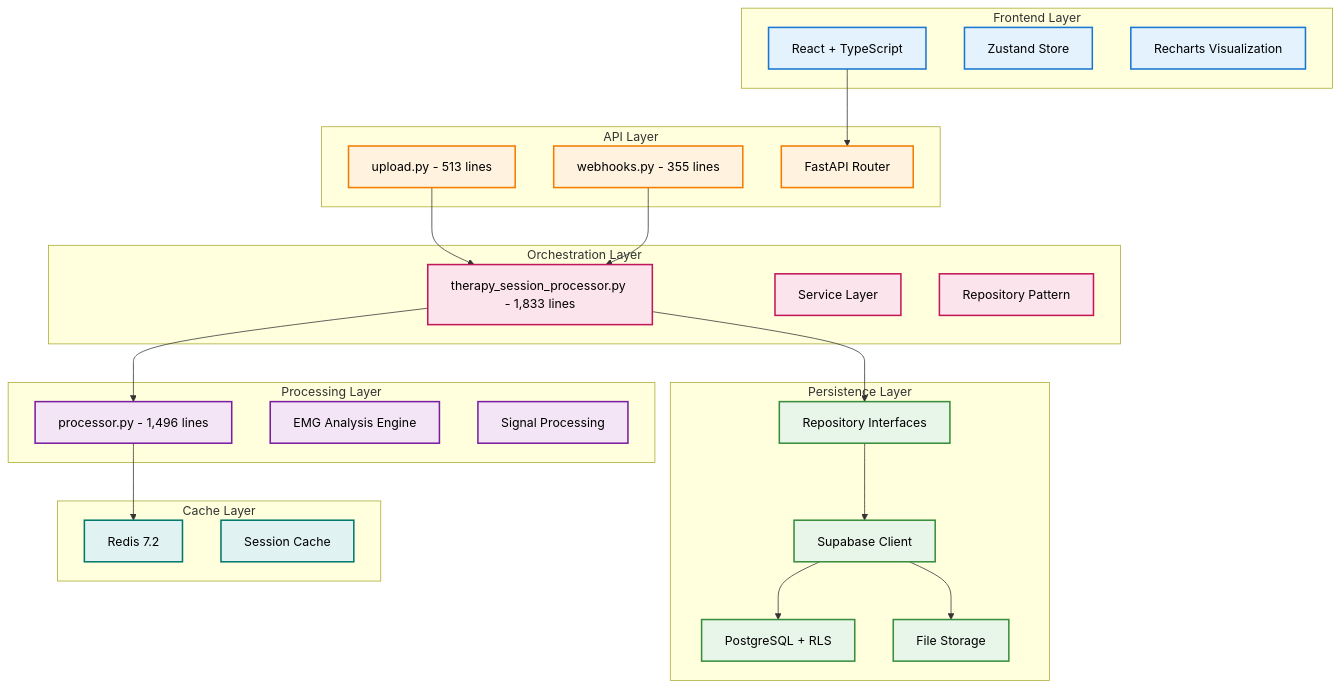
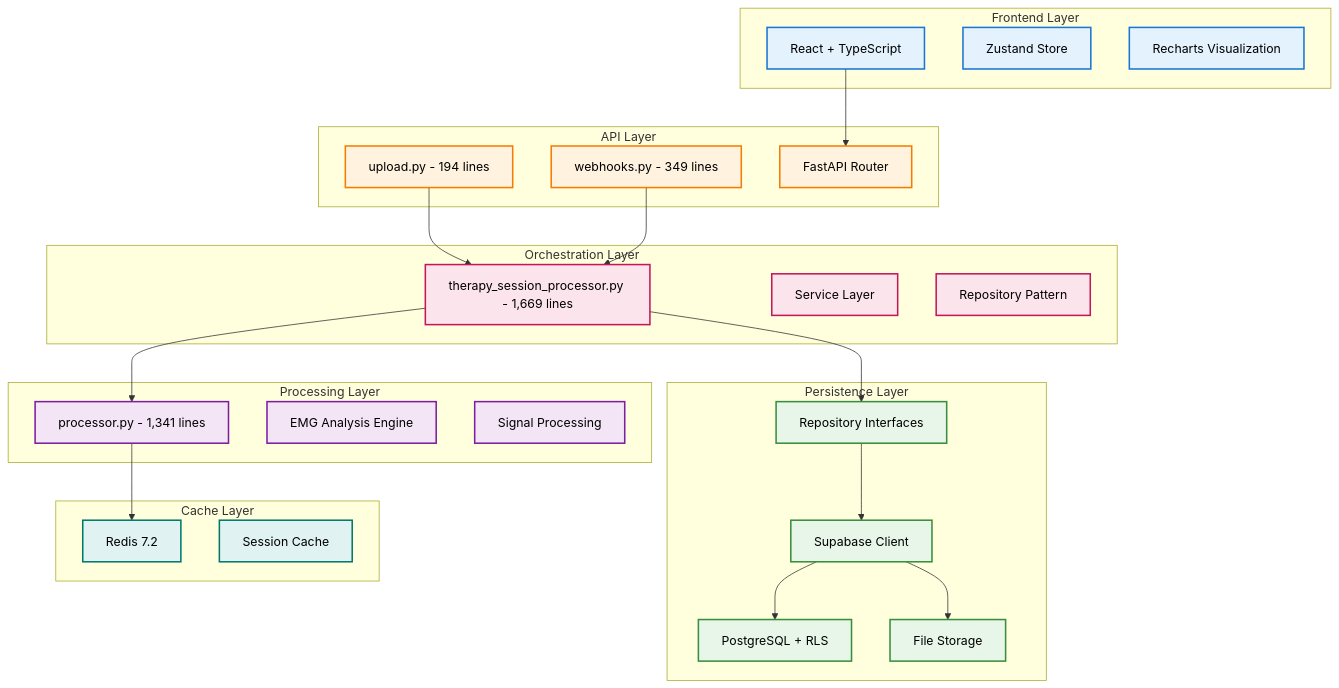
Before and after one commit to ggustin93/emg-c3d-analyzer: the first of 3 diagrams in docusaurus/docs/architecture/overview.md, drawn with Mermaid. The commit also changed other lines of this file and 3 other files, not shown here.

````diff
--- a/docusaurus/docs/architecture/overview.md
+++ b/docusaurus/docs/architecture/overview.md
@@ -12,55 +12,55 @@
 ```mermaid
 graph TB
     subgraph "Frontend Layer"
         UI[React + TypeScript]:::frontend
         State[Zustand Store]:::frontend
         Chart[Recharts Visualization]:::frontend
     end
     
     subgraph "API Layer"
-        A1[upload.py - 513 lines]:::api
-        A2[webhooks.py - 355 lines]:::api
+        A1[upload.py - 194 lines]:::api
+        A2[webhooks.py - 349 lines]:::api
         A3[FastAPI Router]:::api
     end
     
     subgraph "Orchestration Layer"
-        O1[therapy_session_processor.py - 1,833 lines]:::orchestration
+        O1[therapy_session_processor.py - 1,669 lines]:::orchestration
         O2[Service Layer]:::orchestration
         O3[Repository Pattern]:::orchestration
     end
     
     subgraph "Processing Layer"
-        P1[processor.py - 1,496 lines]:::processing
+        P1[processor.py - 1,341 lines]:::processing
         P2[EMG Analysis Engine]:::processing
         P3[Signal Processing]:::processing
     end
     
     subgraph "Persistence Layer"
         D1[Repository Interfaces]:::database
         D2[Supabase Client]:::database
         D3[PostgreSQL + RLS]:::database
         D4[File Storage]:::database
     end
     
     subgraph "Cache Layer"
         C1[Redis 7.2]:::cache
         C2[Session Cache]:::cache
     end
     
     UI --> A3
     A1 --> O1
     A2 --> O1
     O1 --> P1
     O1 --> D1
     P1 --> C1
     D1 --> D2
     D2 --> D3
     D2 --> D4
     
     classDef frontend fill:#e3f2fd,stroke:#1976d2,stroke-width:2px,color:#000
     classDef api fill:#fff3e0,stroke:#f57c00,stroke-width:2px,color:#000
     classDef orchestration fill:#fce4ec,stroke:#c2185b,stroke-width:2px,color:#000
     classDef processing fill:#f3e5f5,stroke:#7b1fa2,stroke-width:2px,color:#000
     classDef database fill:#e8f5e9,stroke:#388e3c,stroke-width:2px,color:#000
     classDef cache fill:#e0f2f1,stroke:#00796b,stroke-width:2px,color:#000
 ```
````
